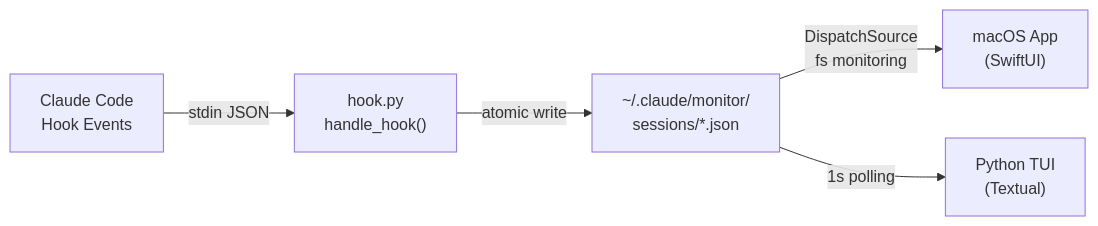
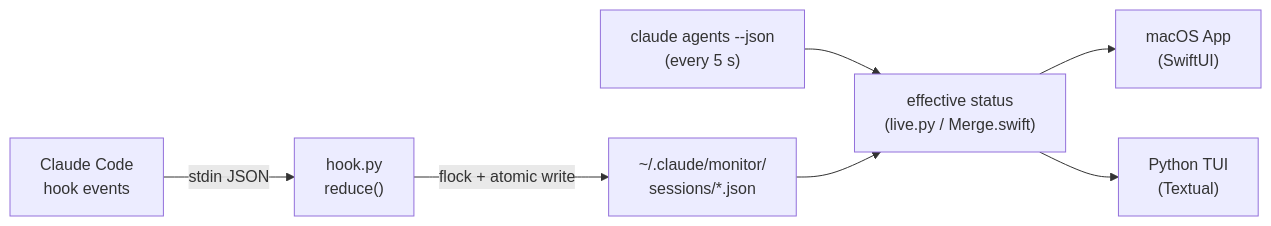
Before and after one commit to luxlabs/claude-monitor: the first of 2 diagrams in README.md, drawn with Mermaid. The commit also changed other lines of this file and 1 other file, not shown here.

````diff
--- a/README.md
+++ b/README.md
@@ -16,7 +21,9 @@
 ```mermaid
 flowchart LR
-    CC["Claude Code\nHook Events"] -->|stdin JSON| HK["hook.py\nhandle_hook()"]
-    HK -->|atomic write| FS["~/.claude/monitor/\nsessions/*.json"]
-    FS -->|DispatchSource\nfs monitoring| MA["macOS App\n(SwiftUI)"]
-    FS -->|1s polling| TUI["Python TUI\n(Textual)"]
+    CC["Claude Code\nhook events"] -->|stdin JSON| HK["hook.py\nreduce()"]
+    HK -->|flock + atomic write| FS["~/.claude/monitor/\nsessions/*.json"]
+    CA["claude agents --json\n(every 5 s)"] --> MG
+    FS --> MG["effective status\n(live.py / Merge.swift)"]
+    MG --> MA["macOS App\n(SwiftUI)"]
+    MG --> TUI["Python TUI\n(Textual)"]
 ```
````
